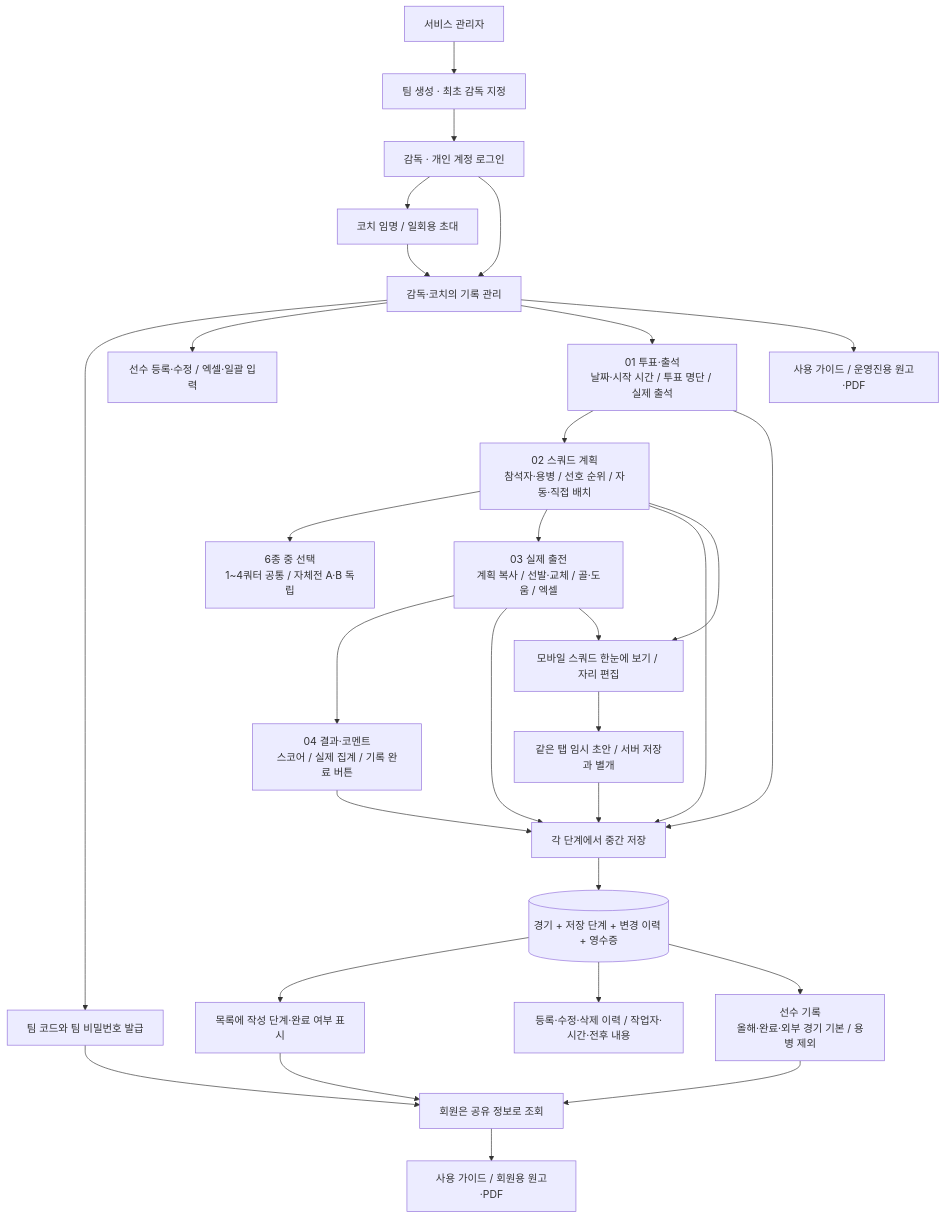
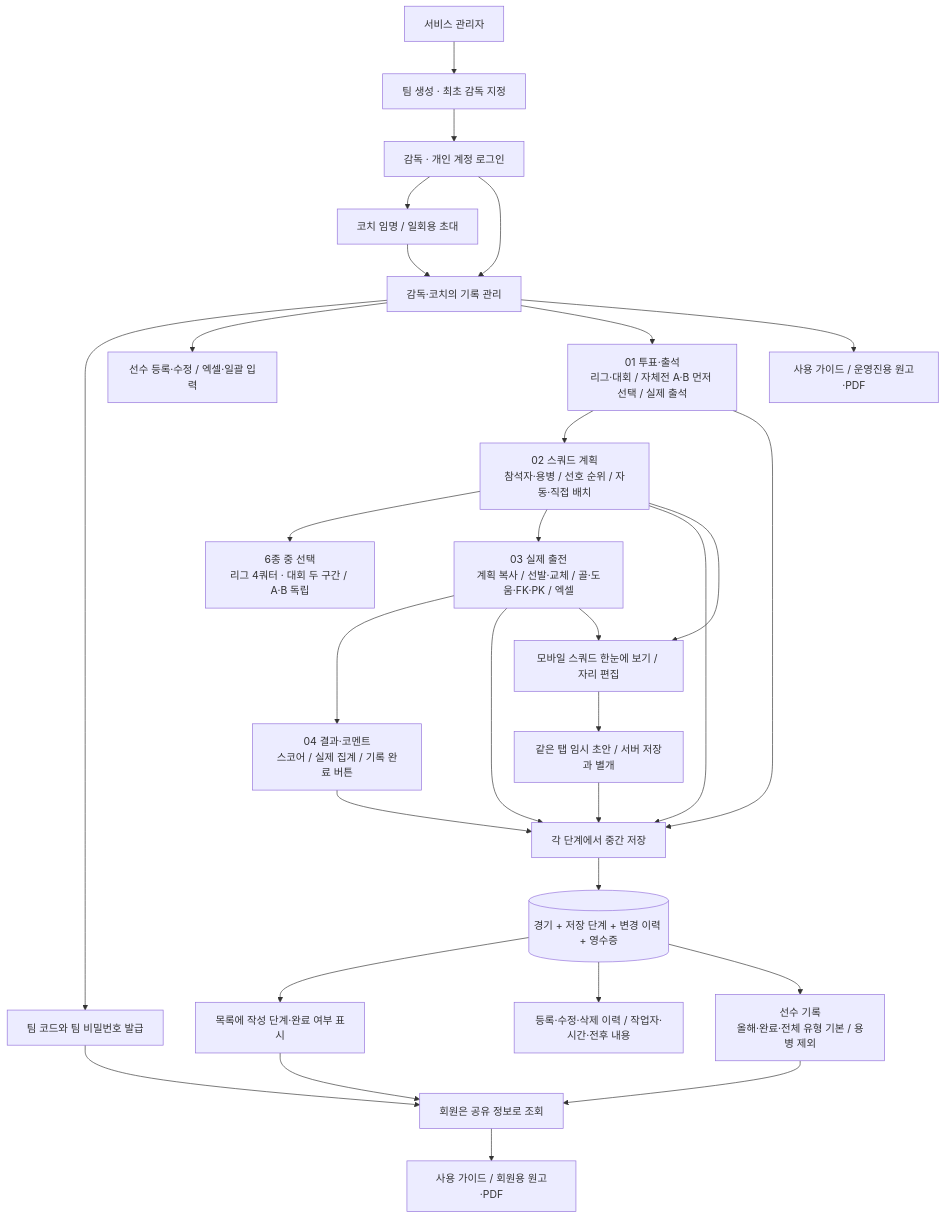
Before and after one commit to ksmlucky/jochook-on: the second of 4 diagrams in docs/system-overview.md, drawn with Mermaid. The commit also changed other lines of this file and 51 other files, not shown here.

Commit message:
docs: confirm release and add maintained database diagrams [skip ci]

````diff
--- a/docs/system-overview.md
+++ b/docs/system-overview.md
@@ -72,32 +72,32 @@
 ```mermaid
 flowchart TD
     SA[서비스 관리자] --> T[팀 생성 · 최초 감독 지정]
     T --> DR[감독 · 개인 계정 로그인]
     DR --> CO[코치 임명 / 일회용 초대]
     DR --> OP[감독·코치의 기록 관리]
     CO --> OP
     OP --> CODE[팀 코드와 팀 비밀번호 발급]
     CODE --> MEMBER[회원은 공유 정보로 조회]
     OP --> P[선수 등록·수정 / 엑셀·일괄 입력]
-    OP --> S1["01 투표·출석<br/>날짜·시작 시간 / 투표 명단 / 실제 출석"]
+    OP --> S1["01 투표·출석<br/>리그·대회 / 자체전 A·B 먼저 선택 / 실제 출석"]
     S1 --> S2["02 스쿼드 계획<br/>참석자·용병 / 선호 순위 / 자동·직접 배치"]
-    S2 --> FORM["6종 중 선택<br/>1~4쿼터 공통 / 자체전 A·B 독립"]
-    S2 --> S3["03 실제 출전<br/>계획 복사 / 선발·교체 / 골·도움 / 엑셀"]
+    S2 --> FORM["6종 중 선택<br/>리그 4쿼터 · 대회 두 구간 / A·B 독립"]
+    S2 --> S3["03 실제 출전<br/>계획 복사 / 선발·교체 / 골·도움·FK·PK / 엑셀"]
     S3 --> S4["04 결과·코멘트<br/>스코어 / 실제 집계 / 기록 완료 버튼"]
     S1 --> SAVE[각 단계에서 중간 저장]
     S2 --> SAVE
     S3 --> SAVE
     S4 --> SAVE
     S2 --> BOARD[모바일 스쿼드 한눈에 보기 / 자리 편집]
     S3 --> BOARD
     BOARD --> DRAFT[같은 탭 임시 초안 / 서버 저장과 별개]
     DRAFT --> SAVE
     SAVE --> DB[(경기 + 저장 단계 + 변경 이력 + 영수증)]
     DB --> LIST[목록에 작성 단계·완료 여부 표시]
     DB --> HISTORY[등록·수정·삭제 이력 / 작업자·시간·전후 내용]
-    DB --> STATS["선수 기록<br/>올해·완료·외부 경기 기본 / 용병 제외"]
+    DB --> STATS["선수 기록<br/>올해·완료·전체 유형 기본 / 용병 제외"]
     LIST --> MEMBER
     STATS --> MEMBER
     MEMBER --> GUIDE[사용 가이드 / 회원용 원고·PDF]
     OP --> STAFFGUIDE[사용 가이드 / 운영진용 원고·PDF]
 ```
````
